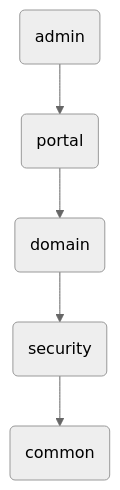
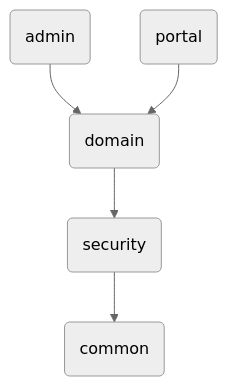
The first of 3 diagrams in README.md (LBBZ/hotShop), drawn with Mermaid (neutral theme) before and after one commit. The commit also changed 5 other files, not shown here.

````diff
--- a/README.md
+++ b/README.md
@@ -33,7 +33,7 @@
 ```mermaid
 graph TD
-A(admin) --> B(portal)
-B --> C(domain)
+A(admin) --> C(domain)
+B(portal) --> C(domain)
 C --> D(security)
 D --> E(common)
 ```
````
